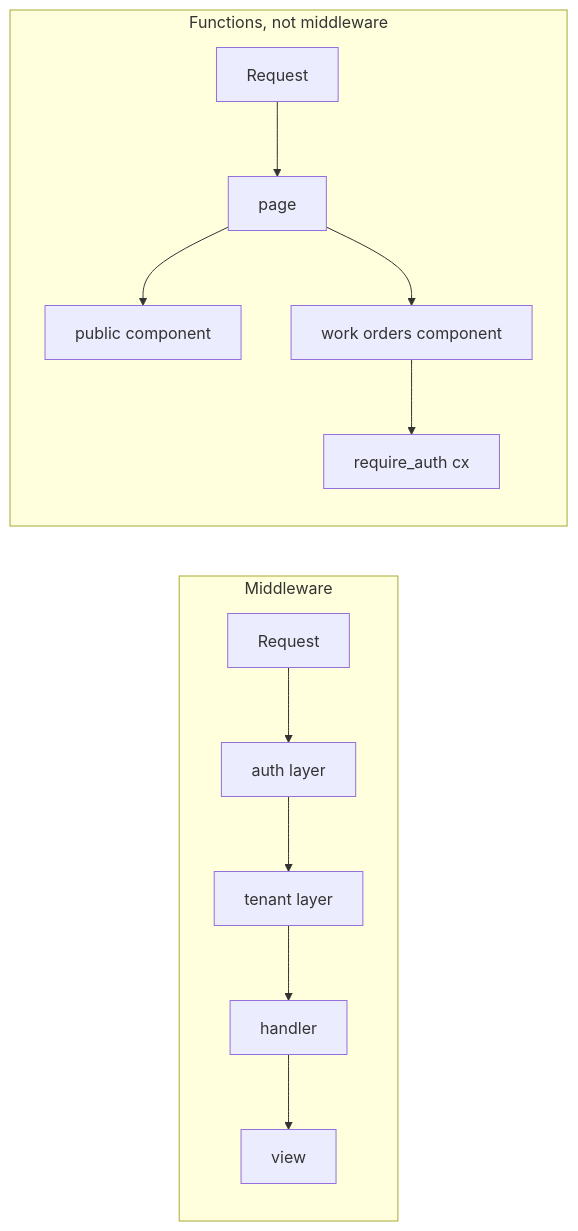
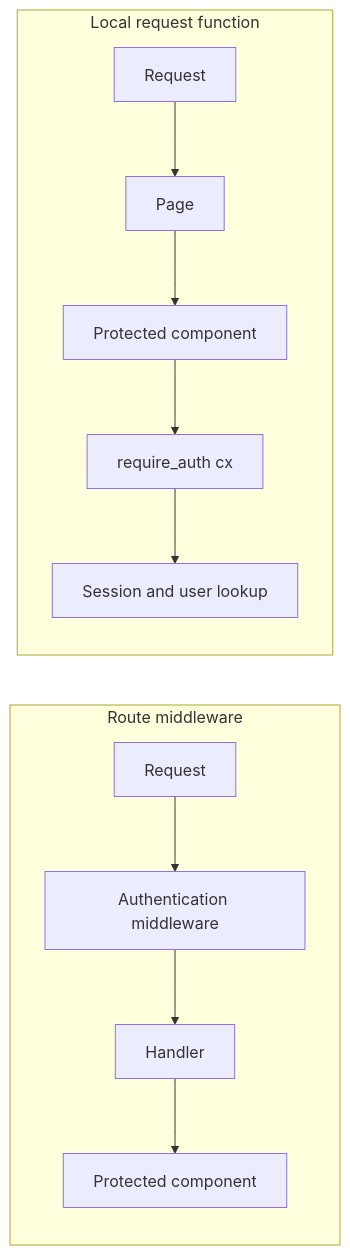
The diagram in docs/src/01-concepts/functions-not-middleware.md (penrynjohnp/Topcoat-Workshop), drawn with Mermaid before and after one commit. The commit also changed other lines of this file and 1 other file, not shown here.

````diff
--- a/docs/src/01-concepts/functions-not-middleware.md
+++ b/docs/src/01-concepts/functions-not-middleware.md
@@ -8,11 +14,15 @@
 ```mermaid
 flowchart LR
-    subgraph Middleware
-        R1[Request] --> M1[auth layer] --> M2[tenant layer] --> H1[handler] --> V1[view]
+    subgraph "Route middleware"
+        R1[Request] --> M[Authentication middleware]
+        M --> H[Handler]
+        H --> C1[Protected component]
     end
-    subgraph "Functions, not middleware"
-        R2[Request] --> P[page] --> C1[public component]
-        P --> C2[work orders component]
+
+    subgraph "Local request function"
+        R2[Request] --> P[Page]
+        P --> C2[Protected component]
         C2 --> A[require_auth cx]
+        A --> S[Session and user lookup]
     end
 ```
````
